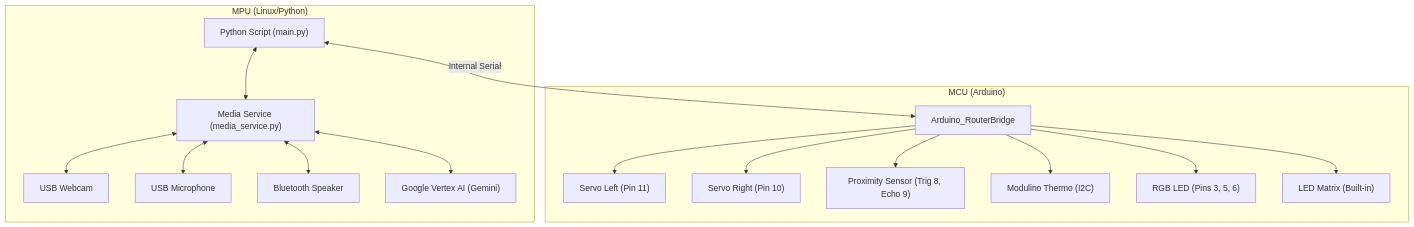
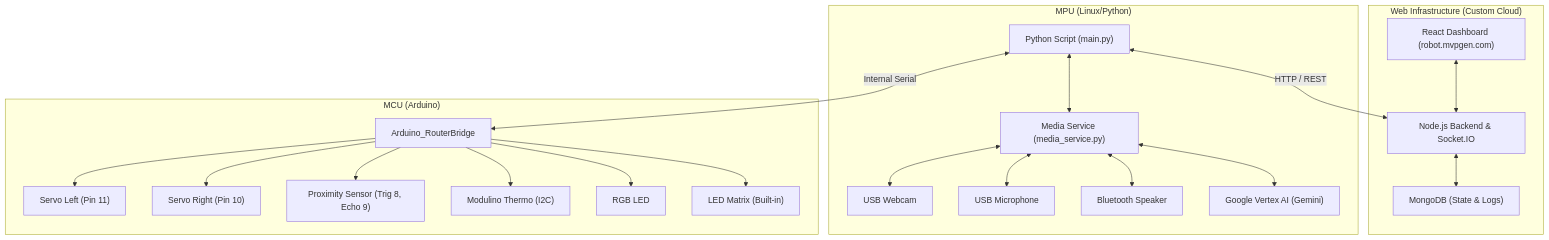
Before and after one commit to msveshnikov/agi-robot: the diagram in README.md, drawn with Mermaid. The commit also changed other lines of this file and 2 other files, not shown here.

Commit message:
feat: Add web dashboard and backend for remote control, live camera feed, and automated robot diary generation, updating project documentation.

````diff
--- a/README.md
+++ b/README.md
@@ -150,34 +153,44 @@
 ```mermaid
 graph TD
+    subgraph Web ["Web Infrastructure (Custom Cloud)"]
+        Dashboard["React Dashboard (robot.mvpgen.com)"]
+        Backend["Node.js Backend & Socket.IO"]
+        DB["MongoDB (State & Logs)"]
+        
+        Dashboard <--> Backend
+        Backend <--> DB
+    end
+
     subgraph MPU ["MPU (Linux/Python)"]
         Python["Python Script (main.py)"]
         MediaService["Media Service (media_service.py)"]
         Webcam["USB Webcam"]
         Mic["USB Microphone"]
         Speaker["Bluetooth Speaker"]
 
         Python <--> MediaService
         MediaService <--> Webcam
         MediaService <--> Mic
         MediaService <--> Speaker
         MediaService <--> VertexAI["Google Vertex AI (Gemini)"]
     end
 
     subgraph MCU ["MCU (Arduino)"]
         Bridge["Arduino_RouterBridge"]
         ServoL["Servo Left (Pin 11)"]
         ServoR["Servo Right (Pin 10)"]
         Sensor["Proximity Sensor (Trig 8, Echo 9)"]
         Modulino["Modulino Thermo (I2C)"]
-        RGB["RGB LED (Pins 3, 5, 6)"]
+        RGB["RGB LED"]
 
         Bridge --> ServoL
         Bridge --> ServoR
         Bridge --> Sensor
         Bridge --> Modulino
         Bridge --> Matrix["LED Matrix (Built-in)"]
         Bridge --> RGB
     end
 
     Python <-->|Internal Serial| Bridge
+    Python <-->|HTTP / REST| Backend
 ```
````
